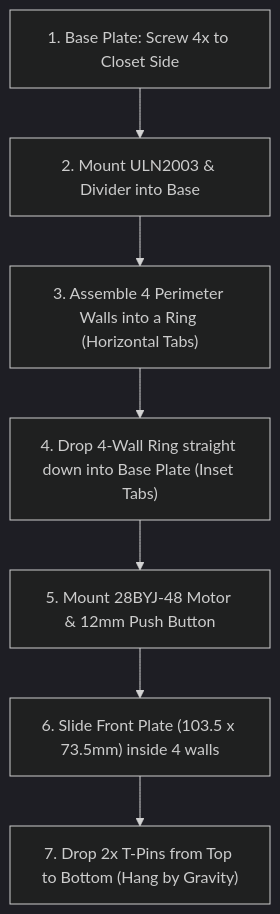
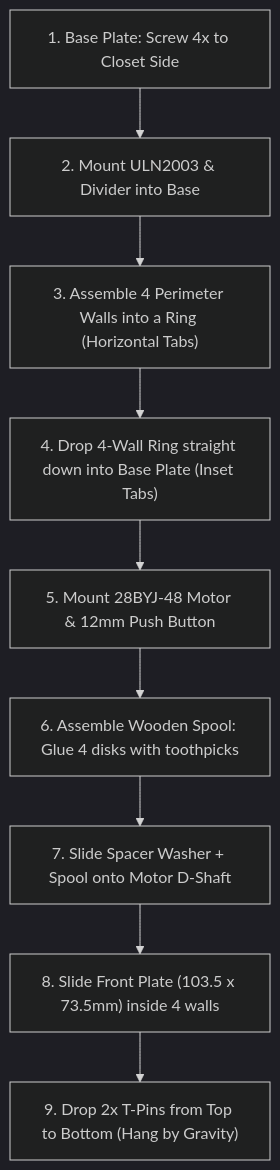
Before and after one commit to horohoro/Solarpunk: the diagram in enclosure/README.md, drawn with Mermaid (dark theme). The commit also changed other lines of this file and 5 other files, not shown here.

Commit message:
Add laser-cut 28BYJ-48 precision wooden spool kit to enclosure

````diff
--- a/enclosure/README.md
+++ b/enclosure/README.md
@@ -54,9 +64,11 @@
 ```mermaid
 flowchart TD
     A["1. Base Plate: Screw 4x to Closet Side"] --> B["2. Mount ULN2003 & Divider into Base"]
     B --> C["3. Assemble 4 Perimeter Walls into a Ring (Horizontal Tabs)"]
     C --> D["4. Drop 4-Wall Ring straight down into Base Plate (Inset Tabs)"]
     D --> E["5. Mount 28BYJ-48 Motor & 12mm Push Button"]
-    E --> F["6. Slide Front Plate (103.5 x 73.5mm) inside 4 walls"]
-    F --> G["7. Drop 2x T-Pins from Top to Bottom (Hang by Gravity)"]
+    E --> F["6. Assemble Wooden Spool: Glue 4 disks with toothpicks"]
+    F --> G["7. Slide Spacer Washer + Spool onto Motor D-Shaft"]
+    G --> H["8. Slide Front Plate (103.5 x 73.5mm) inside 4 walls"]
+    H --> I["9. Drop 2x T-Pins from Top to Bottom (Hang by Gravity)"]
 ```
````
